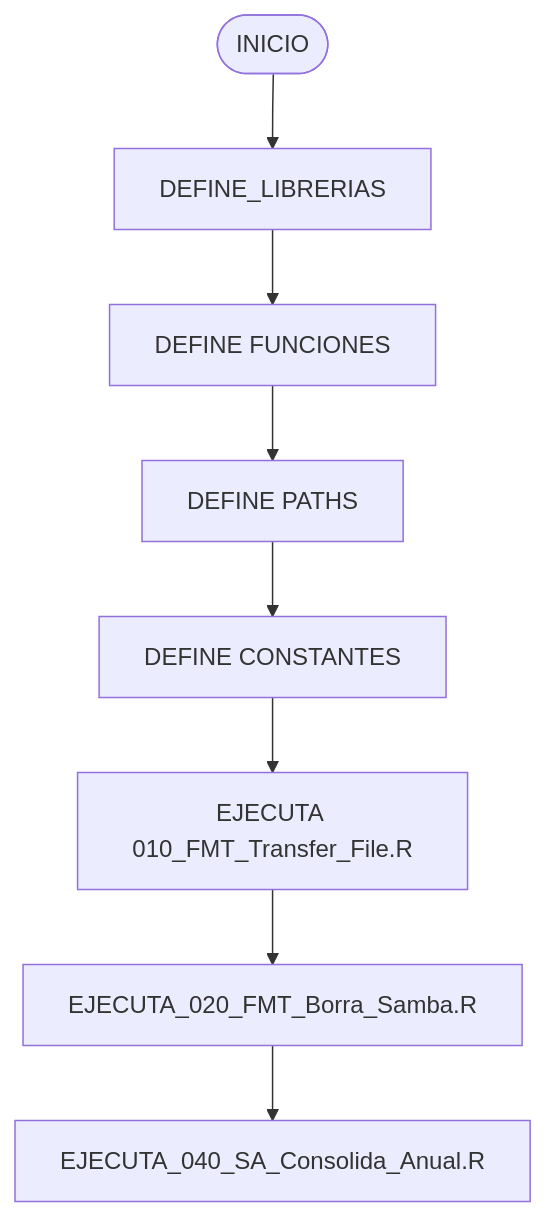
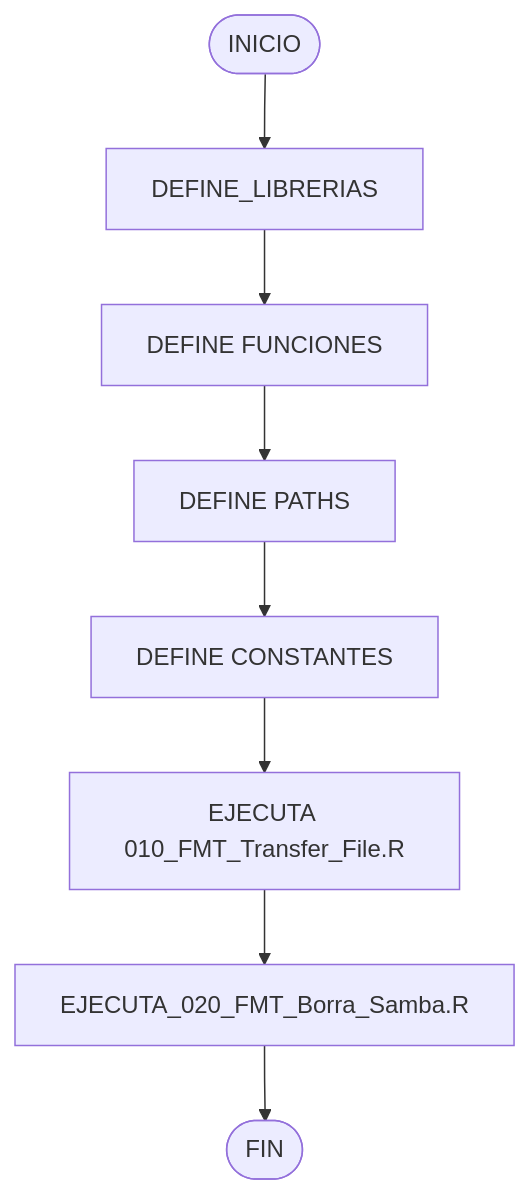
One commit to Servidor-MX1-Producto/000_FMT_GLOBAL changed the second of 4 diagrams in README.md. Above: the diagram before and after it, drawn with Mermaid. The commit also changed other lines of this file, not shown here.

````diff
--- a/README.md
+++ b/README.md
@@ -92,10 +92,10 @@
 ```mermaid
 graph TD
     A([INICIO]) --> B[DEFINE_LIBRERIAS]
     B --> C[DEFINE FUNCIONES]
     C --> D[DEFINE PATHS]
     D --> E[DEFINE CONSTANTES]
     E --> F[EJECUTA 010_FMT_Transfer_File.R]
     F --> G[EJECUTA_020_FMT_Borra_Samba.R]
-    G --> H[EJECUTA_040_SA_Consolida_Anual.R]
+    G --> H([FIN])
 ```
````
